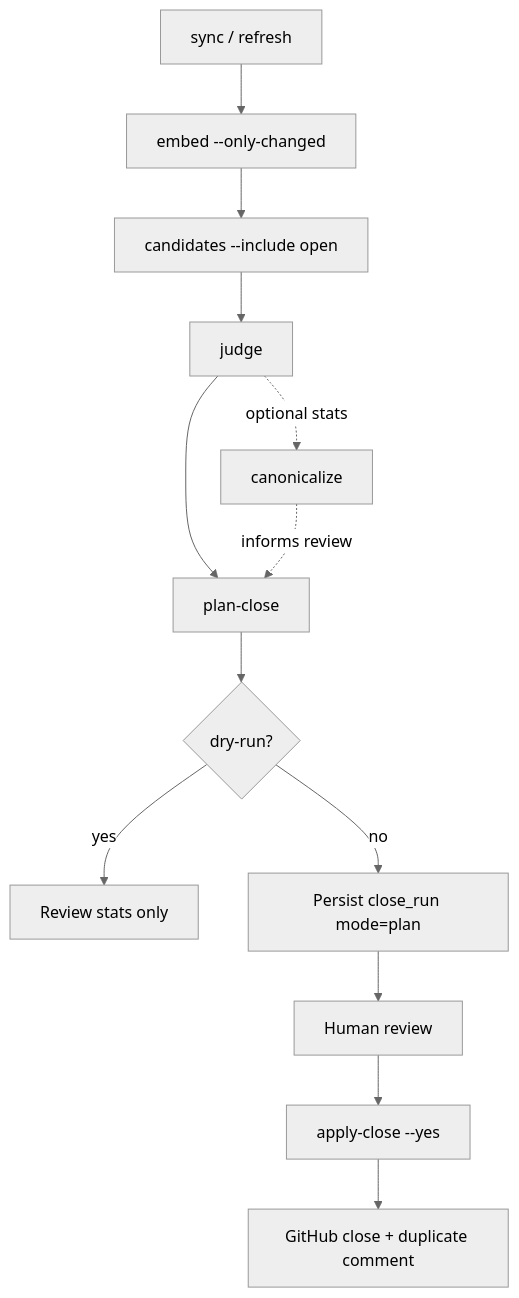
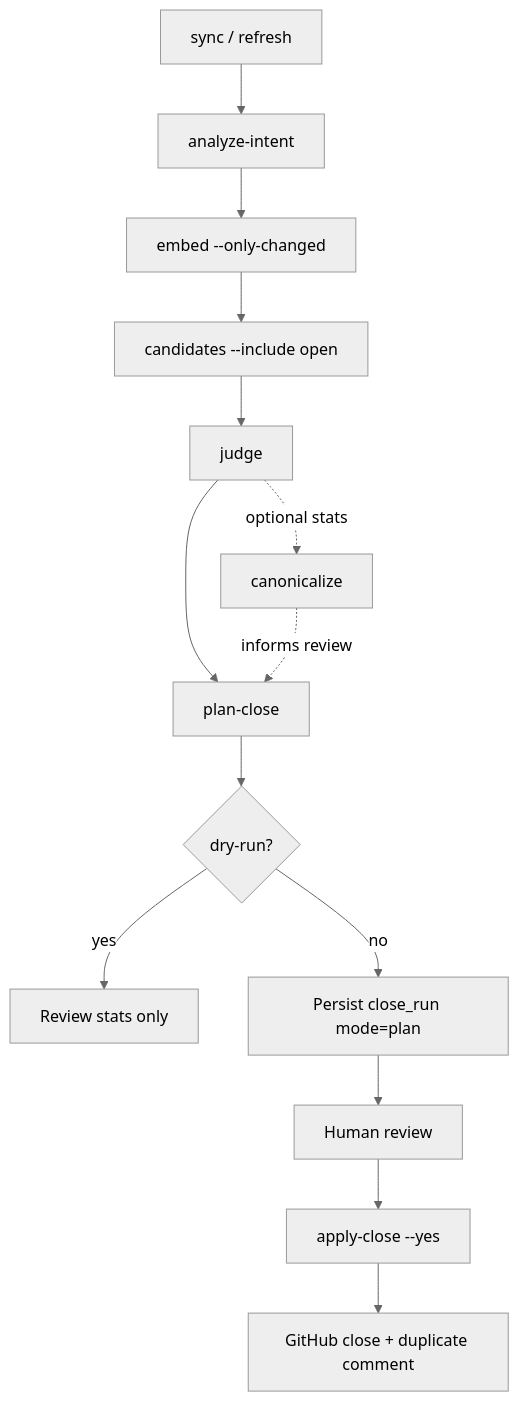
Before and after one commit to sebslight/dupcanon: the second of 6 diagrams in docs/architecture.mdx, drawn with Mermaid (neutral theme). The commit also changed other lines of this file and 20 other files, not shown here.

Commit message:
chore(core): refresh docs and harden llm/sync

````diff
--- a/docs/architecture.mdx
+++ b/docs/architecture.mdx
@@ -97,15 +114,16 @@
 ```mermaid
 flowchart TD
-  A[sync / refresh] --> B[embed --only-changed]
+  A[sync / refresh] --> AI[analyze-intent]
+  AI --> B[embed --only-changed]
   B --> C[candidates --include open]
   C --> D[judge]
   D --> F[plan-close]
   D -.->|optional stats| E[canonicalize]
   E -.->|informs review| F
   F --> G{dry-run?}
   G -- yes --> H[Review stats only]
   G -- no --> I[Persist close_run mode=plan]
   I --> J[Human review]
   J --> K[apply-close --yes]
   K --> L[GitHub close + duplicate comment]
 ```
````
